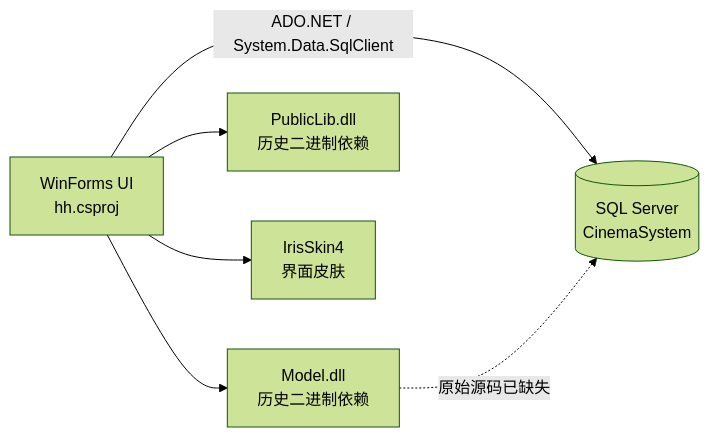
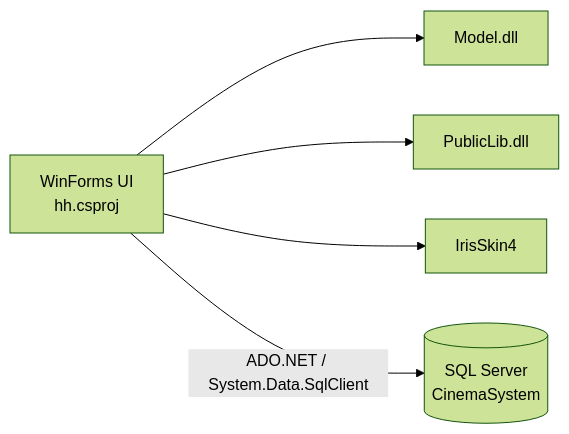
The third of 3 diagrams in README.zh-CN.md (Vertero/-Cinema-Booking-System), drawn with Mermaid (forest theme) before and after one commit. The commit also changed other lines of this file, not shown here.

````diff
--- a/README.zh-CN.md
+++ b/README.zh-CN.md
@@ -71,14 +71,13 @@
 ```mermaid
 flowchart LR
     UI["WinForms UI<br/>hh.csproj"]
-    MODEL["Model.dll<br/>历史二进制依赖"]
-    LIB["PublicLib.dll<br/>历史二进制依赖"]
-    SKIN["IrisSkin4<br/>界面皮肤"]
+    MODEL["Model.dll"]
+    LIB["PublicLib.dll"]
+    SKIN["IrisSkin4"]
     DB[("SQL Server<br/>CinemaSystem")]
 
     UI --> MODEL
     UI --> LIB
     UI --> SKIN
     UI -->|ADO.NET / System.Data.SqlClient| DB
-    MODEL -. 原始源码已缺失 .-> DB
 ```
````
